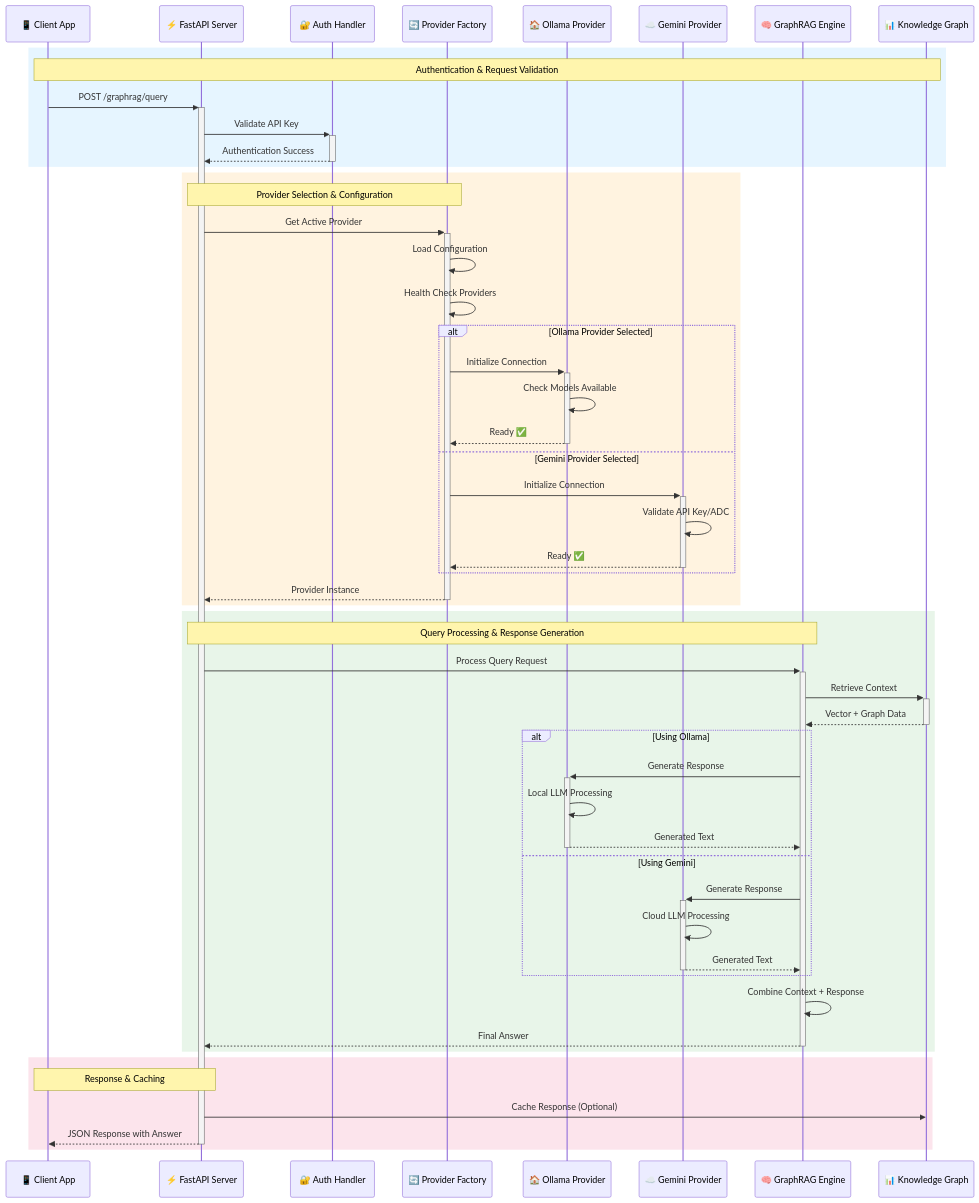
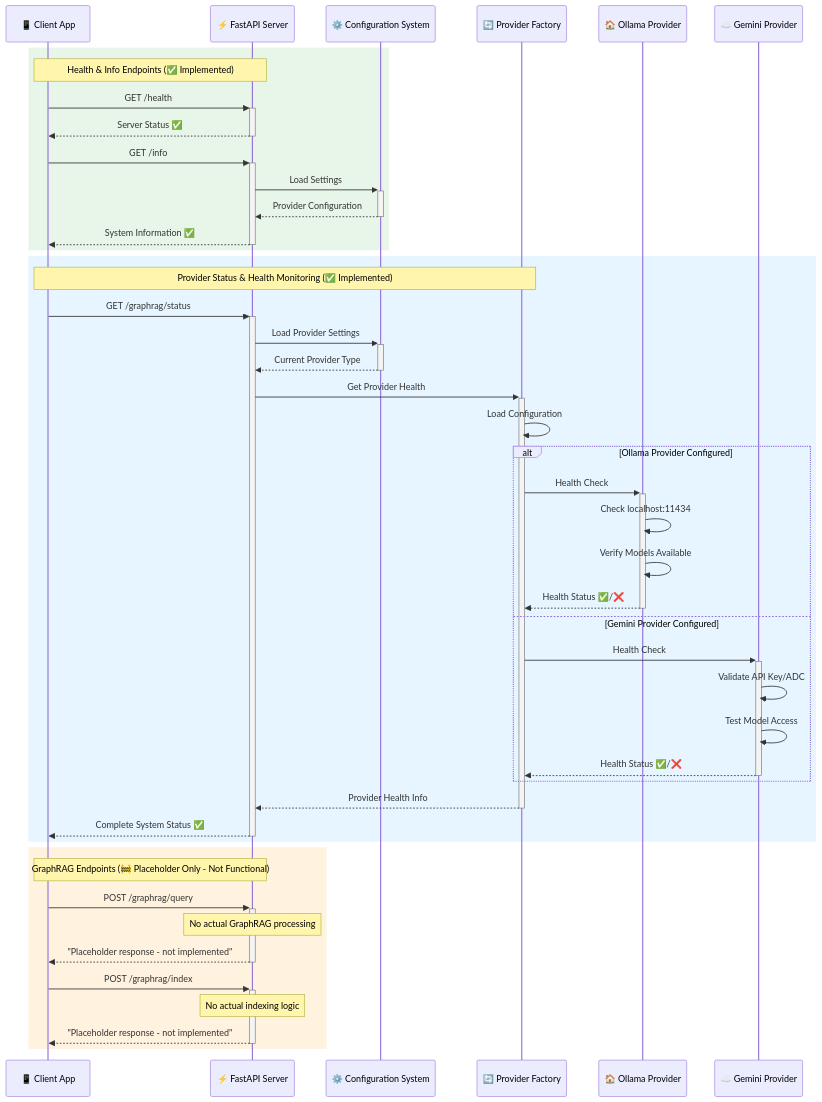
Before and after one commit to pierregrothe/graphrag-api: the second of 3 diagrams in README.md, drawn with Mermaid. The commit also changed other lines of this file and 1 other file, not shown here.

First line of the commit message:
feat: update Mermaid diagrams to accurately reflect current implementation status

````diff
--- a/README.md
+++ b/README.md
@@ -163,63 +129,56 @@
 ```mermaid
 sequenceDiagram
     participant Client as 📱 Client App
     participant API as ⚡ FastAPI Server
-    participant Auth as 🔐 Auth Handler
+    participant Config as ⚙️ Configuration System
     participant Factory as 🔄 Provider Factory
     participant Ollama as 🏠 Ollama Provider
     participant Gemini as ☁️ Gemini Provider
-    participant Engine as 🧠 GraphRAG Engine
-    participant Storage as 📊 Knowledge Graph
+
+    rect rgb(232, 245, 233)
+        Note over Client,API: Health & Info Endpoints (✅ Implemented)
+        Client->>+API: GET /health
+        API-->>-Client: Server Status ✅
+
+        Client->>+API: GET /info
+        API->>+Config: Load Settings
+        Config-->>-API: Provider Configuration
+        API-->>-Client: System Information ✅
+    end
 
     rect rgb(230, 245, 255)
-        Note over Client,Storage: Authentication & Request Validation
-        Client->>+API: POST /graphrag/query
-        API->>+Auth: Validate API Key
-        Auth-->>-API: Authentication Success
+        Note over Client,Factory: Provider Status & Health Monitoring (✅ Implemented)
+        Client->>+API: GET /graphrag/status
+        API->>+Config: Load Provider Settings
+        Config-->>-API: Current Provider Type
+
+        API->>+Factory: Get Provider Health
+        Factory->>Factory: Load Configuration
+
+        alt Ollama Provider Configured
+            Factory->>+Ollama: Health Check
+            Ollama->>Ollama: Check localhost:11434
+            Ollama->>Ollama: Verify Models Available
+            Ollama-->>-Factory: Health Status ✅/❌
+        else Gemini Provider Configured
+            Factory->>+Gemini: Health Check
+            Gemini->>Gemini: Validate API Key/ADC
+            Gemini->>Gemini: Test Model Access
+            Gemini-->>-Factory: Health Status ✅/❌
+        end
+
+        Factory-->>-API: Provider Health Info
+        API-->>-Client: Complete System Status ✅
     end
 
     rect rgb(255, 243, 224)
-        Note over API,Factory: Provider Selection & Configuration
-        API->>+Factory: Get Active Provider
-        Factory->>Factory: Load Configuration
-        Factory->>Factory: Health Check Providers
+        Note over Client,API: GraphRAG Endpoints (🚧 Placeholder Only - Not Functional)
+        Client->>+API: POST /graphrag/query
+        Note over API: No actual GraphRAG processing
+        API-->>-Client: "Placeholder response - not implemented"
 
-        alt Ollama Provider Selected
-            Factory->>+Ollama: Initialize Connection
-            Ollama->>Ollama: Check Models Available
-            Ollama-->>-Factory: Ready ✅
-        else Gemini Provider Selected
-            Factory->>+Gemini: Initialize Connection
-            Gemini->>Gemini: Validate API Key/ADC
-            Gemini-->>-Factory: Ready ✅
-        end
-
-        Factory-->>-API: Provider Instance
-    end
-
-    rect rgb(232, 245, 233)
-        Note over API,Engine: Query Processing & Response Generation
-        API->>+Engine: Process Query Request
-        Engine->>+Storage: Retrieve Context
-        Storage-->>-Engine: Vector + Graph Data
-
-        alt Using Ollama
-            Engine->>+Ollama: Generate Response
-            Ollama->>Ollama: Local LLM Processing
-            Ollama-->>-Engine: Generated Text
-        else Using Gemini
-            Engine->>+Gemini: Generate Response
-            Gemini->>Gemini: Cloud LLM Processing
-            Gemini-->>-Engine: Generated Text
-        end
-
-        Engine->>Engine: Combine Context + Response
-        Engine-->>-API: Final Answer
-    end
-
-    rect rgb(252, 228, 236)
-        Note over API,Client: Response & Caching
-        API->>Storage: Cache Response (Optional)
-        API-->>-Client: JSON Response with Answer
+        Client->>+API: POST /graphrag/index
+        Note over API: No actual indexing logic
+        API-->>-Client: "Placeholder response - not implemented"
     end
 ```
````
